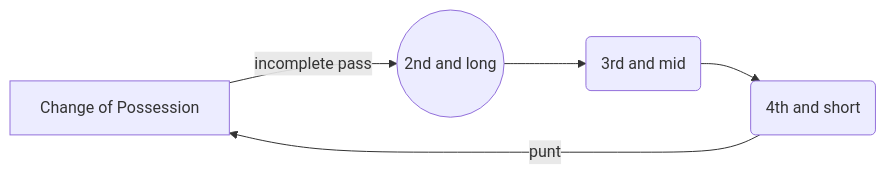
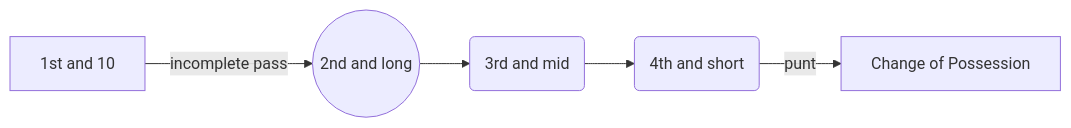
The diagram in README.md (ecavan/Markov_Modelling), drawn with Mermaid before and after one commit.

````diff
--- a/README.md
+++ b/README.md
@@ -25,4 +25,4 @@
 ```mermaid
 graph LR
-A[1st and 10] -- incomplete pass --> B((2nd and long)) --> C(3rd and mid) --> D(4th and short) -- punt --> A[Change of Possession]
+A[1st and 10] -- incomplete pass --> B((2nd and long)) --> C(3rd and mid) --> D(4th and short) -- punt --> E[Change of Possession]
 ```
````
